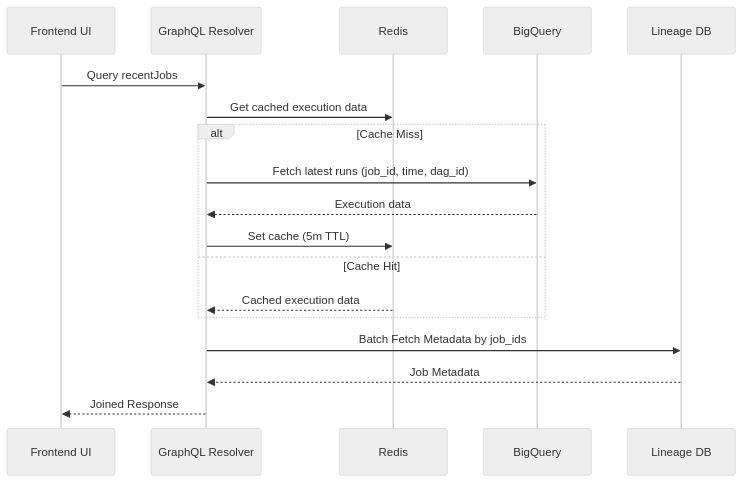
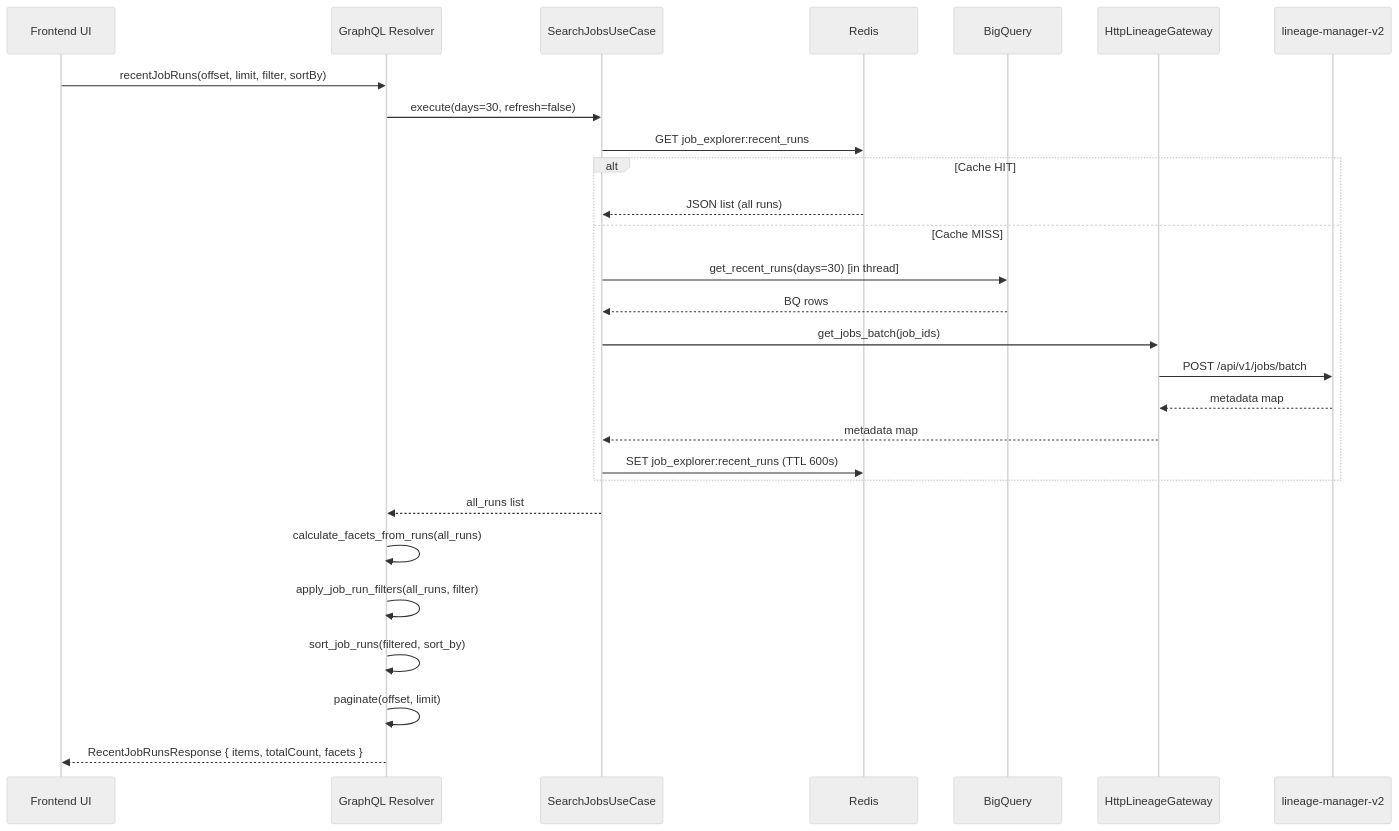
The second of 2 diagrams in docs/04.design/2026-02-23_advanced_job_explorer_design.md (zer0pool/graph-viz), drawn with Mermaid (neutral theme) before and after one commit. The commit also changed other lines of this file and 12 other files, not shown here.

````diff
--- a/docs/04.design/2026-02-23_advanced_job_explorer_design.md
+++ b/docs/04.design/2026-02-23_advanced_job_explorer_design.md
@@ -152,21 +279,35 @@
 ```mermaid
 sequenceDiagram
     participant UI as Frontend UI
     participant GQL as GraphQL Resolver
+    participant UC as SearchJobsUseCase
     participant Cache as Redis
     participant BQ as BigQuery
-    participant DB as Lineage DB
+    participant GW as HttpLineageGateway
+    participant LM as lineage-manager-v2
 
-    UI->>GQL: Query recentJobs
-    GQL->>Cache: Get cached execution data
-    alt Cache Miss
-        GQL->>BQ: Fetch latest runs (job_id, time, dag_id)
-        BQ-->>GQL: Execution data
-        GQL->>Cache: Set cache (5m TTL)
-    else Cache Hit
-        Cache-->>GQL: Cached execution data
+    UI->>GQL: recentJobRuns(offset, limit, filter, sortBy)
+    GQL->>UC: execute(days=30, refresh=false)
+
+    UC->>Cache: GET job_explorer:recent_runs
+    alt Cache HIT
+        Cache-->>UC: JSON list (all runs)
+    else Cache MISS
+        UC->>BQ: get_recent_runs(days=30) [in thread]
+        BQ-->>UC: BQ rows
+        UC->>GW: get_jobs_batch(job_ids)
+        GW->>LM: POST /api/v1/jobs/batch
+        LM-->>GW: metadata map
+        GW-->>UC: metadata map
+        UC->>Cache: SET job_explorer:recent_runs (TTL 600s)
     end
-    GQL->>DB: Batch Fetch Metadata by job_ids
-    DB-->>GQL: Job Metadata
-    GQL-->>UI: Joined Response
+
+    UC-->>GQL: all_runs list
+
+    GQL->>GQL: calculate_facets_from_runs(all_runs)
+    GQL->>GQL: apply_job_run_filters(all_runs, filter)
+    GQL->>GQL: sort_job_runs(filtered, sort_by)
+    GQL->>GQL: paginate(offset, limit)
+
+    GQL-->>UI: RecentJobRunsResponse { items, totalCount, facets }
 ```
````
